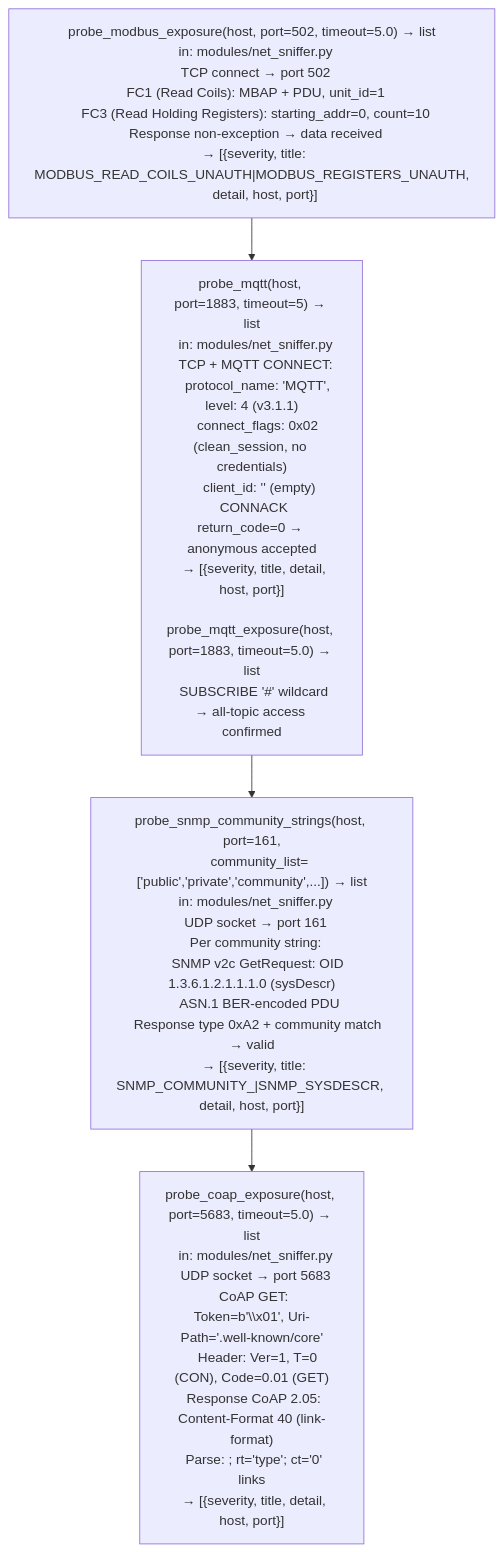
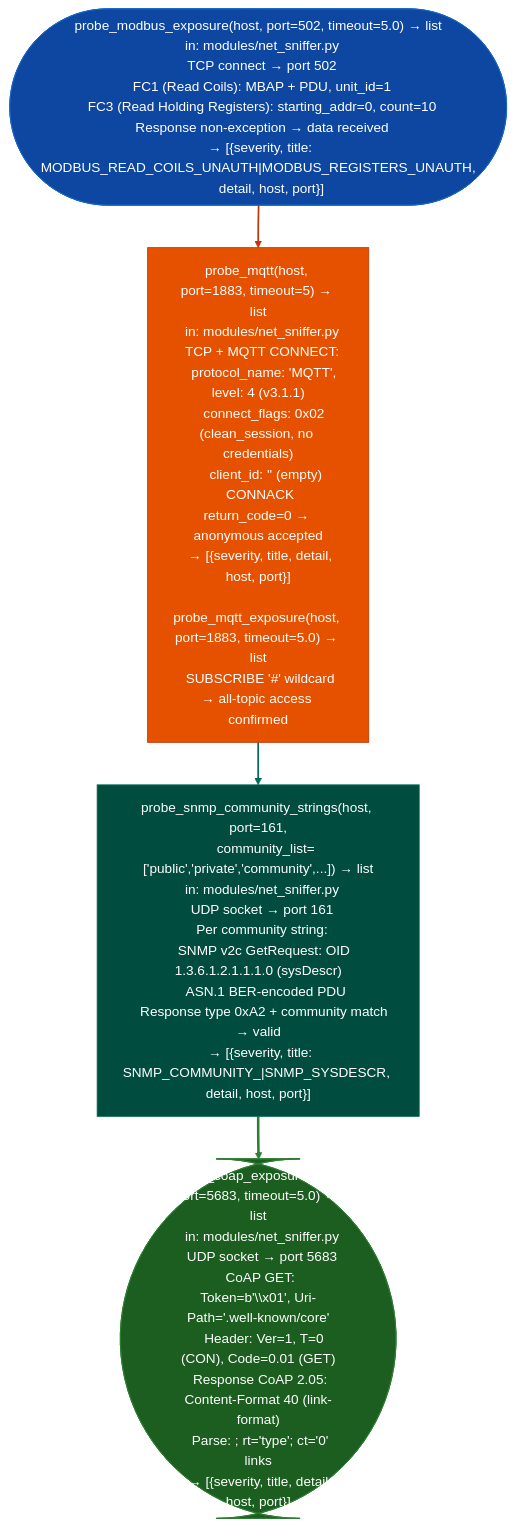
Before and after one commit to Ablation-Tool/ablation: the diagram in docs/reference-modules/industrial-iot-probes.md, drawn with Mermaid. The commit also changed 320 other files, not shown here.

First line of the commit message:
docs: apply canonical Mermaid template to all 321 diagrams

````diff
--- a/docs/reference-modules/industrial-iot-probes.md
+++ b/docs/reference-modules/industrial-iot-probes.md
@@ -19,6 +19,15 @@
 ```mermaid
 flowchart TD
-    A["probe_modbus_exposure(host, port=502, timeout=5.0) → list\n  in: modules/net_sniffer.py\n  TCP connect → port 502\n  FC1 (Read Coils): MBAP + PDU, unit_id=1\n  FC3 (Read Holding Registers): starting_addr=0, count=10\n  Response non-exception → data received\n  → [{severity, title: MODBUS_READ_COILS_UNAUTH|MODBUS_REGISTERS_UNAUTH,\n       detail, host, port}]"] --> B["probe_mqtt(host, port=1883, timeout=5) → list\n  in: modules/net_sniffer.py\n  TCP + MQTT CONNECT:\n    protocol_name: 'MQTT', level: 4 (v3.1.1)\n    connect_flags: 0x02 (clean_session, no credentials)\n    client_id: '' (empty)\n  CONNACK return_code=0 → anonymous accepted\n  → [{severity, title, detail, host, port}]\n\nprobe_mqtt_exposure(host, port=1883, timeout=5.0) → list\n  SUBSCRIBE '#' wildcard → all-topic access confirmed"]
-    B --> C["probe_snmp_community_strings(host, port=161,\n    community_list=['public','private','community',...]) → list\n  in: modules/net_sniffer.py\n  UDP socket → port 161\n  Per community string:\n    SNMP v2c GetRequest: OID 1.3.6.1.2.1.1.1.0 (sysDescr)\n    ASN.1 BER-encoded PDU\n    Response type 0xA2 + community match → valid\n  → [{severity, title: SNMP_COMMUNITY_<NAME>|SNMP_SYSDESCR, detail, host, port}]"]
-    C --> D["probe_coap_exposure(host, port=5683, timeout=5.0) → list\n  in: modules/net_sniffer.py\n  UDP socket → port 5683\n  CoAP GET: Token=b'\\x01', Uri-Path='.well-known/core'\n    Header: Ver=1, T=0 (CON), Code=0.01 (GET)\n  Response CoAP 2.05: Content-Format 40 (link-format)\n  Parse: </resource>; rt='type'; ct='0' links\n  → [{severity, title, detail, host, port}]"]
+    A(["probe_modbus_exposure(host, port=502, timeout=5.0) → list\n  in: modules/net_sniffer.py\n  TCP connect → port 502\n  FC1 (Read Coils): MBAP + PDU, unit_id=1\n  FC3 (Read Holding Registers): starting_addr=0, count=10\n  Response non-exception → data received\n  → [{severity, title: MODBUS_READ_COILS_UNAUTH|MODBUS_REGISTERS_UNAUTH,\n       detail, host, port}]"]):::input --> B["probe_mqtt(host, port=1883, timeout=5) → list\n  in: modules/net_sniffer.py\n  TCP + MQTT CONNECT:\n    protocol_name: 'MQTT', level: 4 (v3.1.1)\n    connect_flags: 0x02 (clean_session, no credentials)\n    client_id: '' (empty)\n  CONNACK return_code=0 → anonymous accepted\n  → [{severity, title, detail, host, port}]\n\nprobe_mqtt_exposure(host, port=1883, timeout=5.0) → list\n  SUBSCRIBE '#' wildcard → all-topic access confirmed"]:::primary
+    B:::primary --> C["probe_snmp_community_strings(host, port=161,\n    community_list=['public','private','community',...]) → list\n  in: modules/net_sniffer.py\n  UDP socket → port 161\n  Per community string:\n    SNMP v2c GetRequest: OID 1.3.6.1.2.1.1.1.0 (sysDescr)\n    ASN.1 BER-encoded PDU\n    Response type 0xA2 + community match → valid\n  → [{severity, title: SNMP_COMMUNITY_<NAME>|SNMP_SYSDESCR, detail, host, port}]"]:::secondary
+    C:::secondary --> D(["probe_coap_exposure(host, port=5683, timeout=5.0) → list\n  in: modules/net_sniffer.py\n  UDP socket → port 5683\n  CoAP GET: Token=b'\\x01', Uri-Path='.well-known/core'\n    Header: Ver=1, T=0 (CON), Code=0.01 (GET)\n  Response CoAP 2.05: Content-Format 40 (link-format)\n  Parse: </resource>; rt='type'; ct='0' links\n  → [{severity, title, detail, host, port}]"]):::output
+    classDef input     fill:#0d47a1,stroke:#1565c0,color:#fff
+    classDef primary   fill:#e65100,stroke:#bf360c,color:#fff
+    classDef secondary fill:#004d40,stroke:#00695c,color:#fff
+    classDef tertiary  fill:#4a148c,stroke:#6a1b9a,color:#fff
+    classDef neutral   fill:#37474f,stroke:#546e7a,color:#fff
+    classDef output    fill:#1b5e20,stroke:#2e7d32,color:#fff
+    linkStyle 0 stroke:#bf360c,stroke-width:2px
+    linkStyle 1 stroke:#00695c,stroke-width:2px
+    linkStyle 2 stroke:#2e7d32,stroke-width:3px
 ```
````
